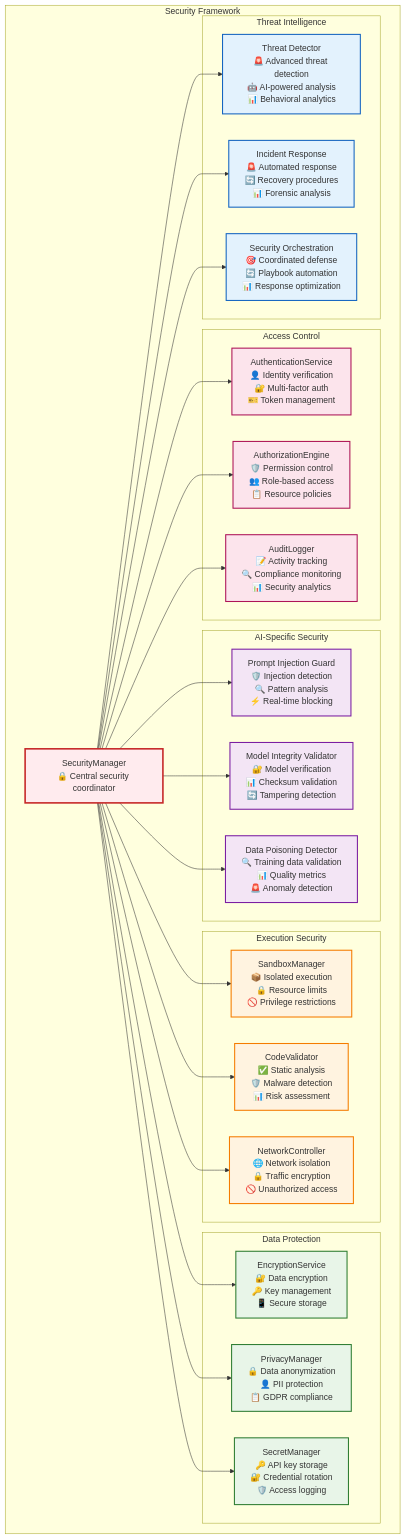
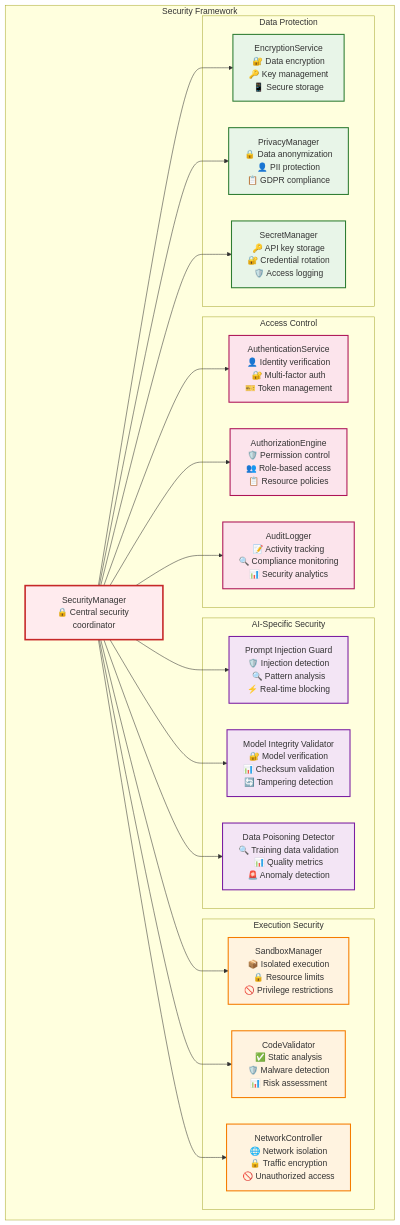
Before and after one commit to Vrooli/Vrooli: diagram 41 of 50 in docs/ai-execution-architecture.md, drawn with Mermaid. The commit also changed other lines of this file, not shown here.

Commit message:
Execution architecture p8

````diff
--- a/docs/ai-execution-architecture.md
+++ b/docs/ai-execution-architecture.md
@@ -2748,66 +3073,55 @@
 ```mermaid
 graph TB
     subgraph "Security Framework"
         SecurityManager[SecurityManager<br/>🔒 Central security coordinator]
         
         subgraph "Access Control"
             AuthenticationService[AuthenticationService<br/>👤 Identity verification<br/>🔐 Multi-factor auth<br/>🎫 Token management]
             AuthorizationEngine[AuthorizationEngine<br/>🛡️ Permission control<br/>👥 Role-based access<br/>📋 Resource policies]
             AuditLogger[AuditLogger<br/>📝 Activity tracking<br/>🔍 Compliance monitoring<br/>📊 Security analytics]
         end
         
         subgraph "AI-Specific Security"
             PromptInjectionGuard[Prompt Injection Guard<br/>🛡️ Injection detection<br/>🔍 Pattern analysis<br/>⚡ Real-time blocking]
             ModelIntegrityValidator[Model Integrity Validator<br/>🔐 Model verification<br/>📊 Checksum validation<br/>🔄 Tampering detection]
             DataPoisoningDetector[Data Poisoning Detector<br/>🔍 Training data validation<br/>📊 Quality metrics<br/>🚨 Anomaly detection]
         end
         
         subgraph "Execution Security"
             SandboxManager[SandboxManager<br/>📦 Isolated execution<br/>🔒 Resource limits<br/>🚫 Privilege restrictions]
             CodeValidator[CodeValidator<br/>✅ Static analysis<br/>🛡️ Malware detection<br/>📊 Risk assessment]
             NetworkController[NetworkController<br/>🌐 Network isolation<br/>🔒 Traffic encryption<br/>🚫 Unauthorized access]
         end
         
         subgraph "Data Protection"
             EncryptionService[EncryptionService<br/>🔐 Data encryption<br/>🔑 Key management<br/>📱 Secure storage]
             PrivacyManager[PrivacyManager<br/>🔒 Data anonymization<br/>👤 PII protection<br/>📋 GDPR compliance]
             SecretManager[SecretManager<br/>🔑 API key storage<br/>🔐 Credential rotation<br/>🛡️ Access logging]
         end
-        
-        subgraph "Threat Intelligence"
-            ThreatDetector[Threat Detector<br/>🚨 Advanced threat detection<br/>🤖 AI-powered analysis<br/>📊 Behavioral analytics]
-            IncidentResponse[Incident Response<br/>🚨 Automated response<br/>🔄 Recovery procedures<br/>📊 Forensic analysis]
-            SecurityOrchestration[Security Orchestration<br/>🎯 Coordinated defense<br/>🔄 Playbook automation<br/>📊 Response optimization]
-        end
     end
     
     SecurityManager --> AuthenticationService
     SecurityManager --> AuthorizationEngine
     SecurityManager --> AuditLogger
     SecurityManager --> PromptInjectionGuard
     SecurityManager --> ModelIntegrityValidator
     SecurityManager --> DataPoisoningDetector
     SecurityManager --> SandboxManager
     SecurityManager --> CodeValidator
     SecurityManager --> NetworkController
     SecurityManager --> EncryptionService
     SecurityManager --> PrivacyManager
     SecurityManager --> SecretManager
-    SecurityManager --> ThreatDetector
-    SecurityManager --> IncidentResponse
-    SecurityManager --> SecurityOrchestration
     
     classDef security fill:#ffebee,stroke:#c62828,stroke-width:3px
     classDef access fill:#fce4ec,stroke:#ad1457,stroke-width:2px
     classDef aiSecurity fill:#f3e5f5,stroke:#7b1fa2,stroke-width:2px
     classDef execution fill:#fff3e0,stroke:#f57c00,stroke-width:2px
     classDef data fill:#e8f5e8,stroke:#2e7d32,stroke-width:2px
-    classDef threat fill:#e3f2fd,stroke:#1565c0,stroke-width:2px
     
     class SecurityManager security
     class AuthenticationService,AuthorizationEngine,AuditLogger access
     class PromptInjectionGuard,ModelIntegrityValidator,DataPoisoningDetector aiSecurity
     class SandboxManager,CodeValidator,NetworkController execution
     class EncryptionService,PrivacyManager,SecretManager data
-    class ThreatDetector,IncidentResponse,SecurityOrchestration threat
 ```
````
